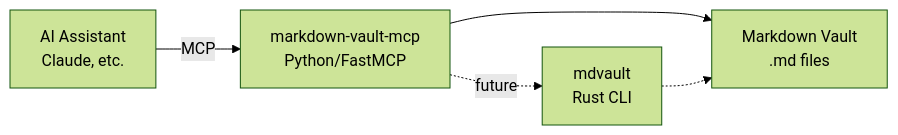
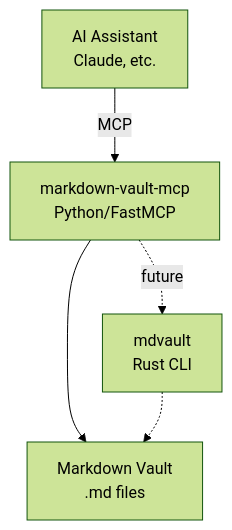
Before and after one commit to agustinvalencia/markdown-vault-mcp: the diagram in README.md, drawn with Mermaid (forest theme).

Commit message:
diagram update

````diff
--- a/README.md
+++ b/README.md
@@ -11,7 +11,7 @@
 ```mermaid
-flowchart LR
+flowchart TB
     A[AI Assistant<br/>Claude, etc.] -->|MCP| B[markdown-vault-mcp<br/>Python/FastMCP]
     B --> C[Markdown Vault<br/>.md files]
     B -.->|future| D[mdvault<br/>Rust CLI]
     D -.-> C
 ```
````
